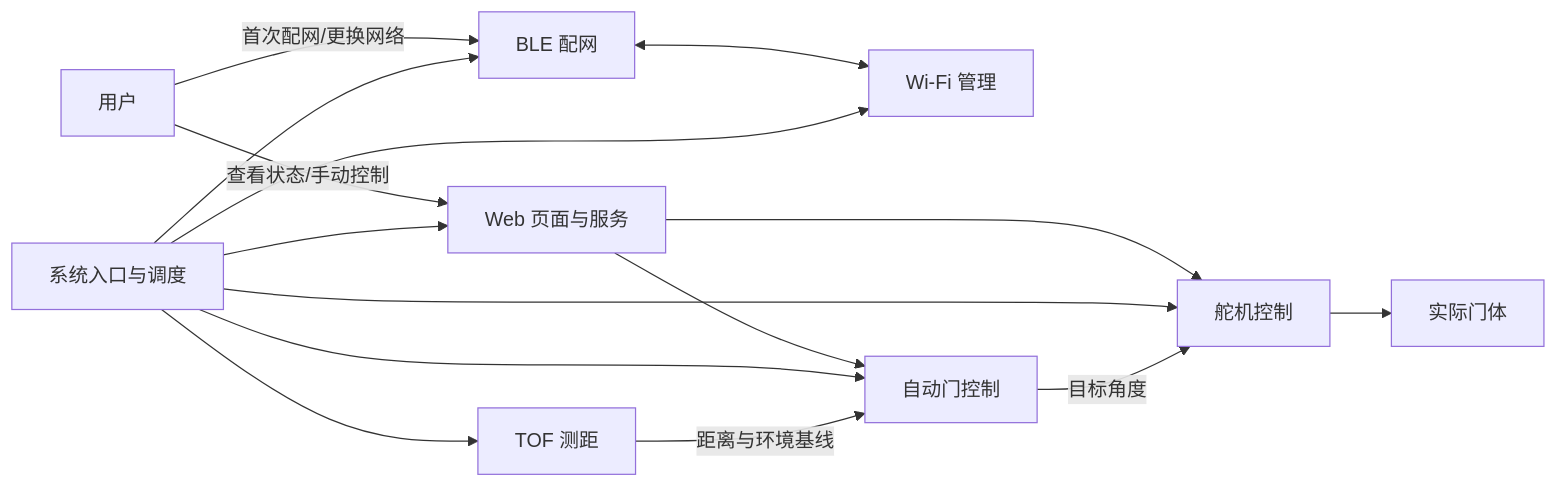
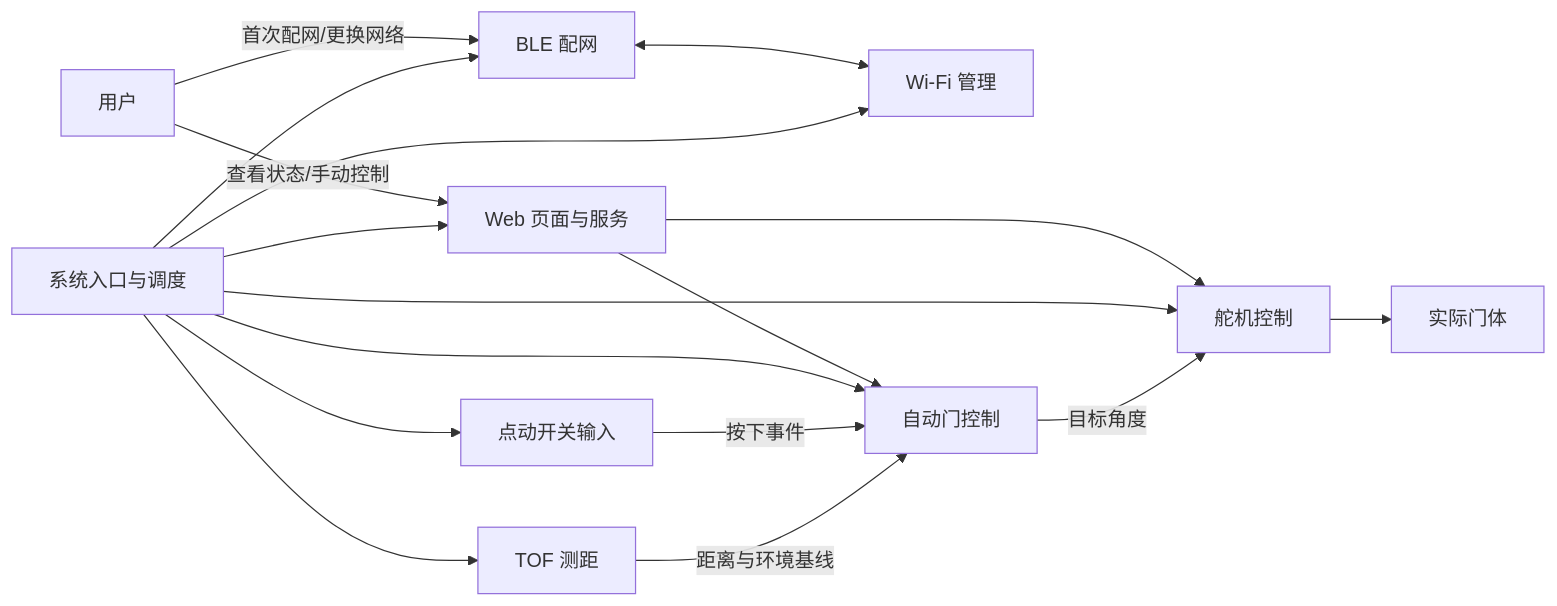
The diagram in docs/00-系统入口与调度.md (qujsh/auto-door), drawn with Mermaid before and after one commit. The commit also changed other lines of this file and 14 other files, not shown here.

````diff
--- a/docs/00-系统入口与调度.md
+++ b/docs/00-系统入口与调度.md
@@ -14,29 +14,32 @@
 ```mermaid
 flowchart LR
     User["用户"]
     BLE["BLE 配网"]
     WiFi["Wi-Fi 管理"]
     Web["Web 页面与服务"]
     App["系统入口与调度"]
     TOF["TOF 测距"]
     Door["自动门控制"]
     Servo["舵机控制"]
+    Button["点动开关输入"]
     Body["实际门体"]
 
     User -->|"首次配网/更换网络"| BLE
     BLE <--> WiFi
     User -->|"查看状态/手动控制"| Web
     Web --> Door
     Web --> Servo
 
     App --> BLE
     App --> WiFi
     App --> Web
     App --> TOF
     App --> Door
     App --> Servo
+    App --> Button
+    Button -->|"按下事件"| Door
 
     TOF -->|"距离与环境基线"| Door
     Door -->|"目标角度"| Servo
     Servo --> Body
 ```
````
